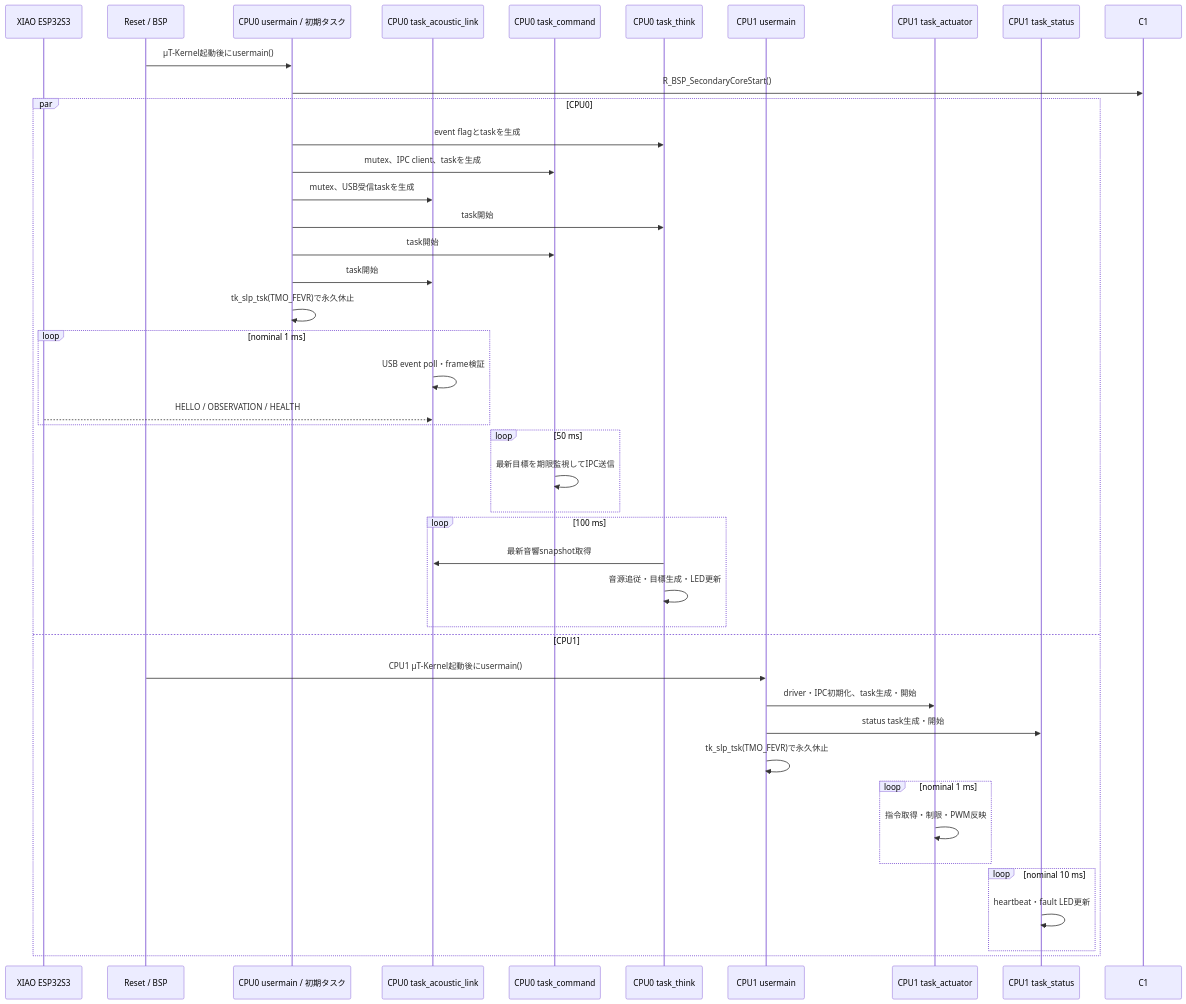
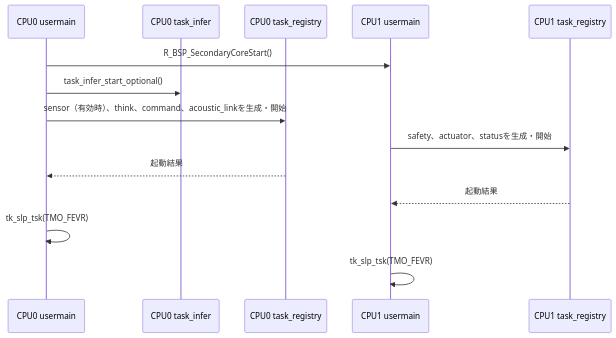
One commit to horned128/sound-exploration-rover changed the second of 5 diagrams in docs/firmware/ARCHITECTURE.md. Above: the diagram before and after it, drawn with Mermaid. The commit also changed other lines of this file and 19 other files, not shown here.

````diff
--- a/docs/firmware/ARCHITECTURE.md
+++ b/docs/firmware/ARCHITECTURE.md
@@ -234,46 +195,16 @@
 ```mermaid
 sequenceDiagram
-    participant ESP as XIAO ESP32S3
-    participant RESET as Reset / BSP
-    participant MAIN as CPU0 usermain / 初期タスク
-    participant AUDIO as CPU0 task_acoustic_link
-    participant CMD as CPU0 task_command
-    participant THINK as CPU0 task_think
-    participant C1MAIN as CPU1 usermain
-    participant C1ACT as CPU1 task_actuator
-    participant C1STAT as CPU1 task_status
-
-    RESET->>MAIN: μT-Kernel起動後にusermain()
-    MAIN->>C1: R_BSP_SecondaryCoreStart()
-    par CPU0
-        MAIN->>THINK: event flagとtaskを生成
-        MAIN->>CMD: mutex、IPC client、taskを生成
-        MAIN->>AUDIO: mutex、USB受信taskを生成
-        MAIN->>THINK: task開始
-        MAIN->>CMD: task開始
-        MAIN->>AUDIO: task開始
-        MAIN->>MAIN: tk_slp_tsk(TMO_FEVR)で永久休止
-        loop nominal 1 ms
-            AUDIO->>AUDIO: USB event poll・frame検証
-            ESP-->>AUDIO: HELLO / OBSERVATION / HEALTH
-        end
-        loop 50 ms
-            CMD->>CMD: 最新目標を期限監視してIPC送信
-        end
-        loop 100 ms
-            THINK->>AUDIO: 最新音響snapshot取得
-            THINK->>THINK: 音源追従・目標生成・LED更新
-    end
-    and CPU1
-        RESET->>C1MAIN: CPU1 μT-Kernel起動後にusermain()
-        C1MAIN->>C1ACT: driver・IPC初期化、task生成・開始
-        C1MAIN->>C1STAT: status task生成・開始
-        C1MAIN->>C1MAIN: tk_slp_tsk(TMO_FEVR)で永久休止
-        loop nominal 1 ms
-            C1ACT->>C1ACT: 指令取得・制限・PWM反映
-        end
-        loop nominal 10 ms
-            C1STAT->>C1STAT: heartbeat・fault LED更新
-        end
-    end
+    participant C0 as CPU0 usermain
+    participant I as CPU0 task_infer
+    participant R0 as CPU0 task_registry
+    participant C1 as CPU1 usermain
+    participant R1 as CPU1 task_registry
+    C0->>C1: R_BSP_SecondaryCoreStart()
+    C0->>I: task_infer_start_optional()
+    C0->>R0: sensor（有効時）、think、command、acoustic_linkを生成・開始
+    C1->>R1: safety、actuator、statusを生成・開始
+    R0-->>C0: 起動結果
+    R1-->>C1: 起動結果
+    C0->>C0: tk_slp_tsk(TMO_FEVR)
+    C1->>C1: tk_slp_tsk(TMO_FEVR)
 ```
````
